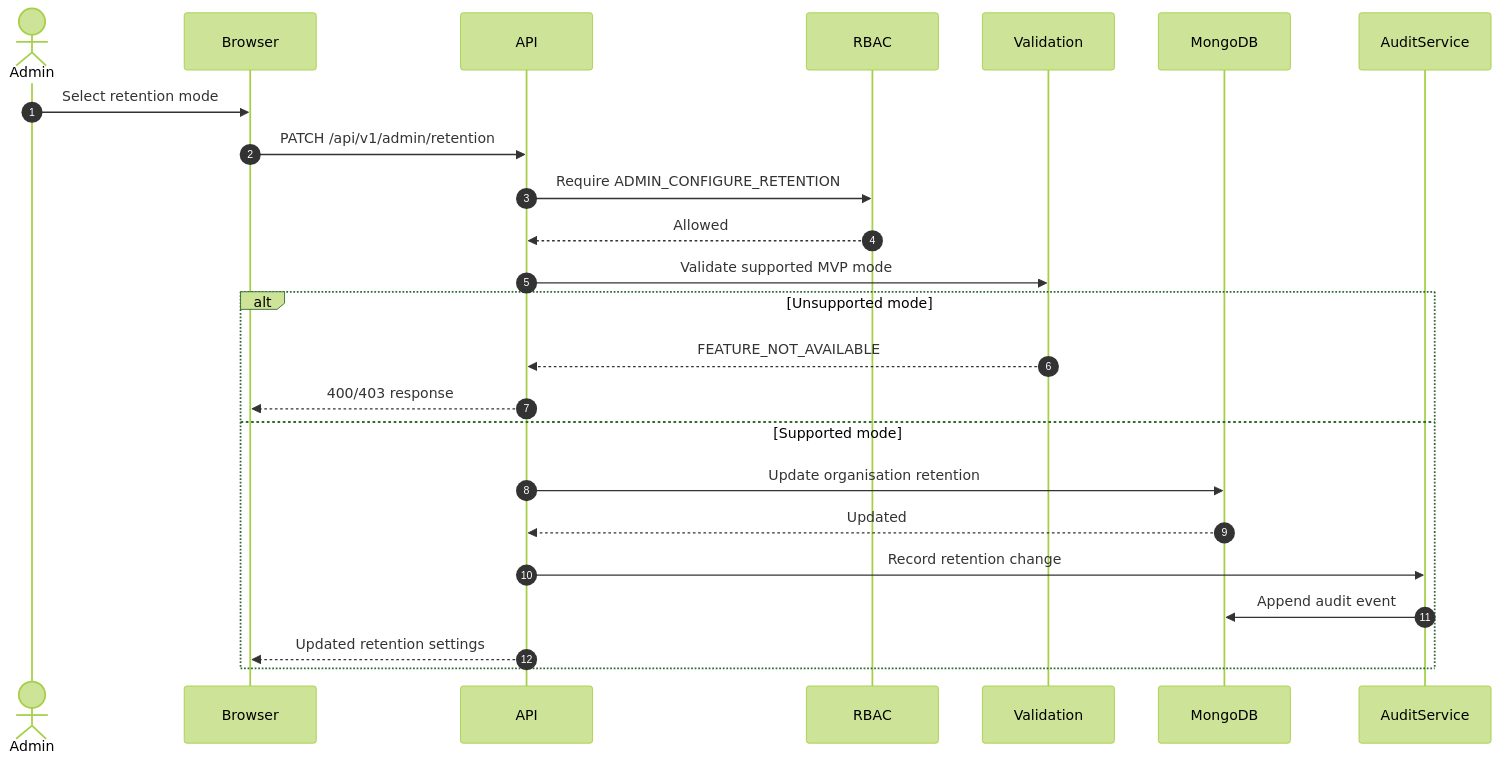
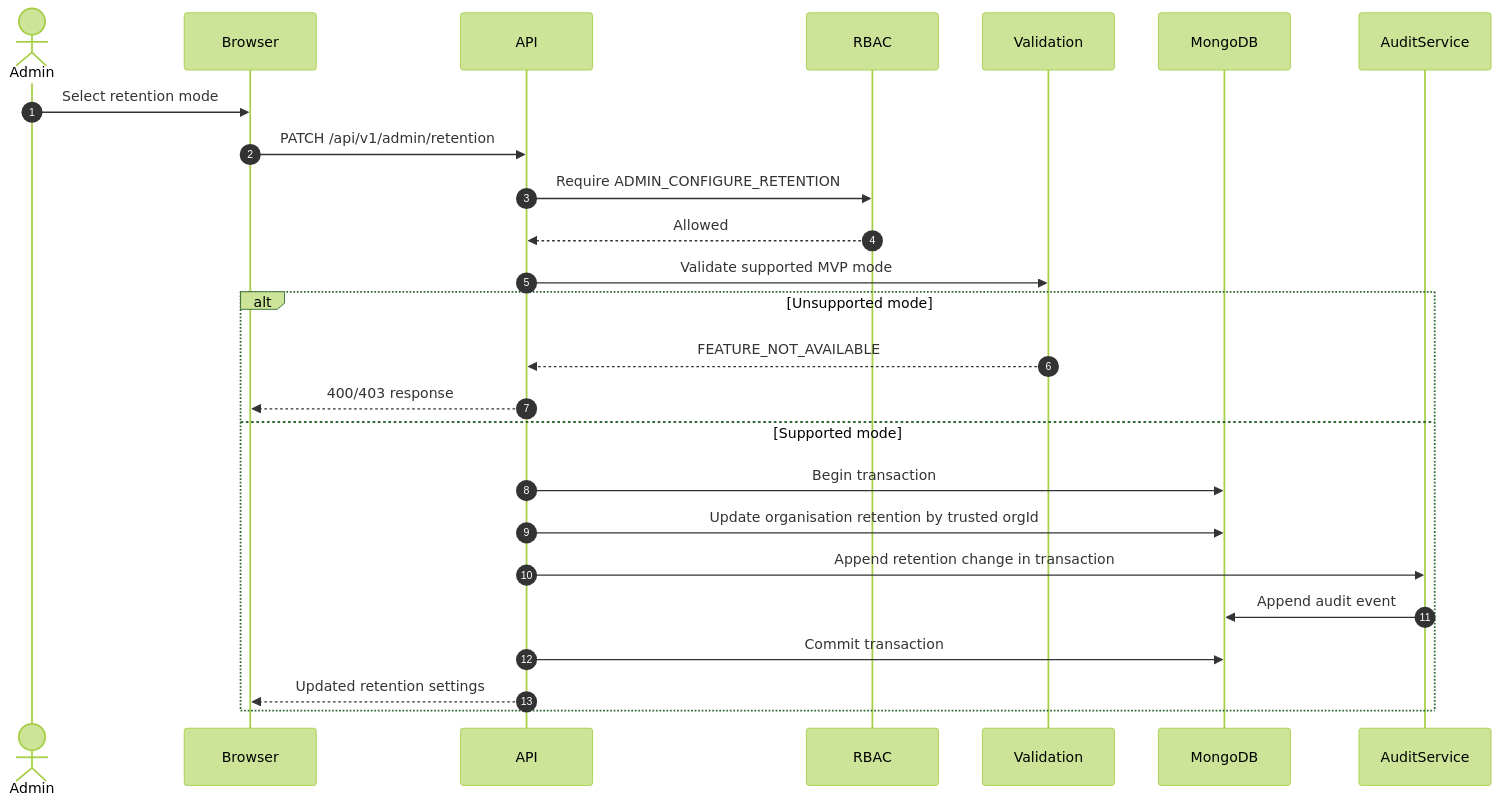
One commit to tarun5004/ProxyAi changed diagram 24 of 37 in docs/12_SEQUENCE_DIAGRAMS.md. Above: the diagram before and after it, drawn with Mermaid (forest theme). The commit also changed other lines of this file and 13 other files, not shown here.

````diff
--- a/docs/12_SEQUENCE_DIAGRAMS.md
+++ b/docs/12_SEQUENCE_DIAGRAMS.md
@@ -1031,28 +1033,29 @@
 ```mermaid
 sequenceDiagram
     autonumber
     actor Admin
     participant Browser
     participant API
     participant RBAC
     participant Validation
     participant MongoDB
     participant AuditService
 
     Admin->>Browser: Select retention mode
     Browser->>API: PATCH /api/v1/admin/retention
     API->>RBAC: Require ADMIN_CONFIGURE_RETENTION
     RBAC-->>API: Allowed
     API->>Validation: Validate supported MVP mode
 
     alt Unsupported mode
         Validation-->>API: FEATURE_NOT_AVAILABLE
         API-->>Browser: 400/403 response
     else Supported mode
-        API->>MongoDB: Update organisation retention
-        MongoDB-->>API: Updated
-        API->>AuditService: Record retention change
+        API->>MongoDB: Begin transaction
+        API->>MongoDB: Update organisation retention by trusted orgId
+        API->>AuditService: Append retention change in transaction
         AuditService->>MongoDB: Append audit event
+        API->>MongoDB: Commit transaction
         API-->>Browser: Updated retention settings
     end
 ```
````
